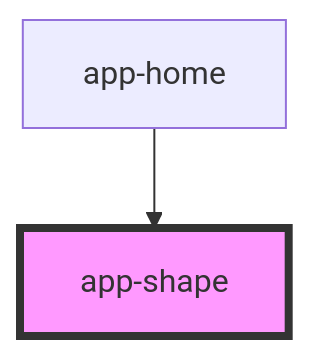
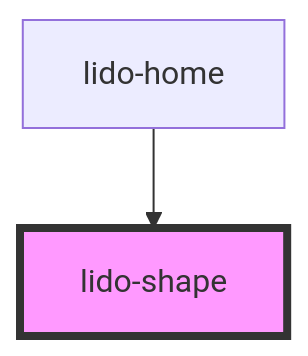
Before and after one commit to chimple/lido-player: the diagram in src/components/shape/readme.md, drawn with Mermaid. The commit also changed other lines of this file and 40 other files, not shown here.

````diff
--- a/src/components/shape/readme.md
+++ b/src/components/shape/readme.md
@@ -41,5 +40,5 @@
 ```mermaid
 graph TD;
-  app-home --> app-shape
-  style app-shape fill:#f9f,stroke:#333,stroke-width:4px
+  lido-home --> lido-shape
+  style lido-shape fill:#f9f,stroke:#333,stroke-width:4px
 ```
````
